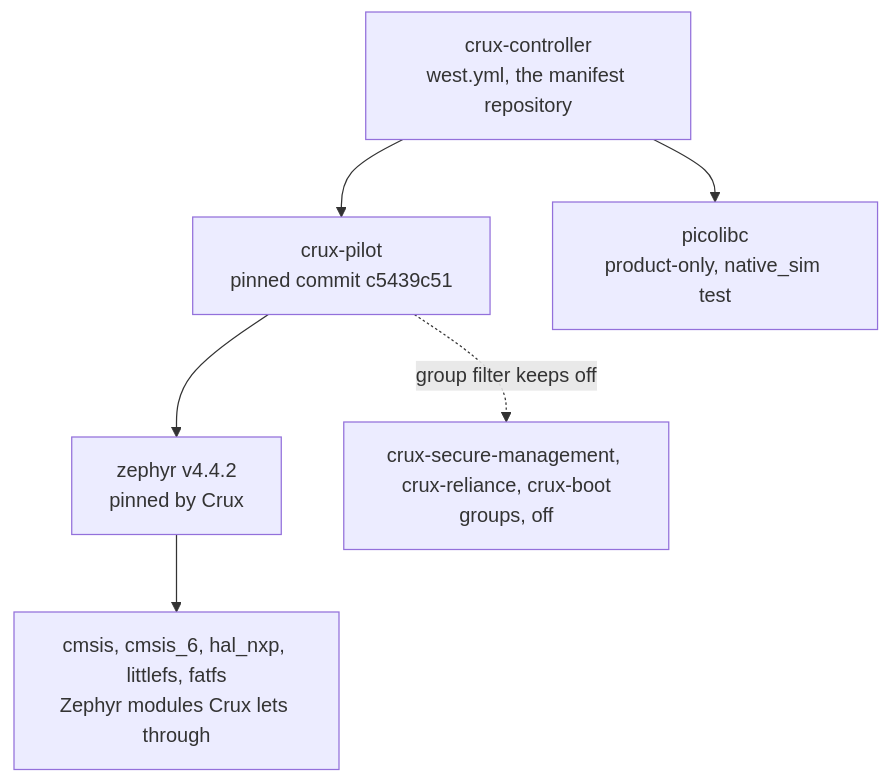
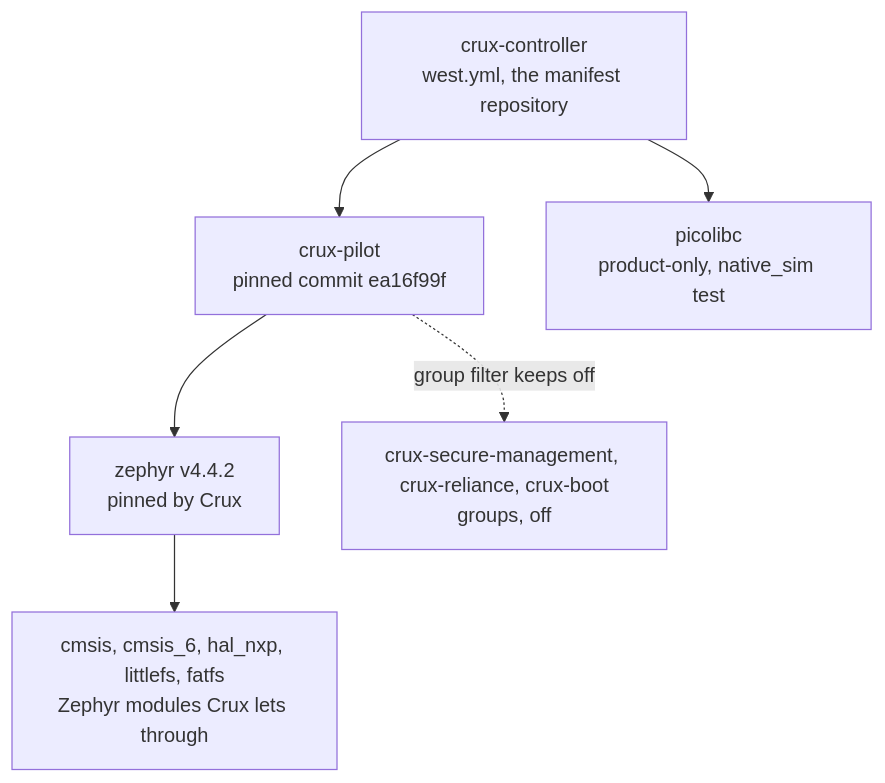
One commit to wonny-labs/crux-controller changed the diagram in docs/dependencies.md. Above: the diagram before and after it, drawn with Mermaid. The commit also changed other lines of this file and 17 other files, not shown here.

First line of the commit message:
build(west): pin crux-pilot at ea16f99f

````diff
--- a/docs/dependencies.md
+++ b/docs/dependencies.md
@@ -16,14 +16,14 @@
 ```mermaid
 flowchart TD
     CC["crux-controller<br/>west.yml, the manifest repository"]
-    CP["crux-pilot<br/>pinned commit c5439c51"]
+    CP["crux-pilot<br/>pinned commit ea16f99f"]
     ZP["zephyr v4.4.2<br/>pinned by Crux"]
     MOD["cmsis, cmsis_6, hal_nxp, littlefs, fatfs<br/>Zephyr modules Crux lets through"]
     PL["picolibc<br/>product-only, native_sim test"]
     OFF["crux-secure-management, crux-reliance, crux-boot<br/>groups, off"]
     CC --> CP
     CC --> PL
     CP --> ZP
     ZP --> MOD
     CP -. "group filter keeps off" .-> OFF
 ```
````
